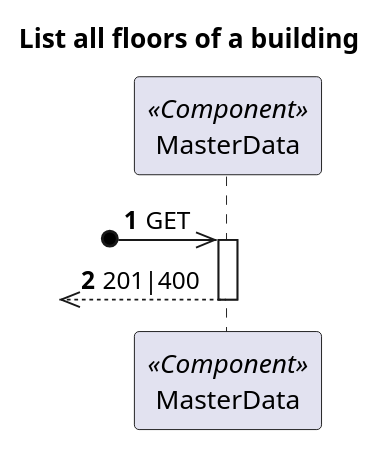
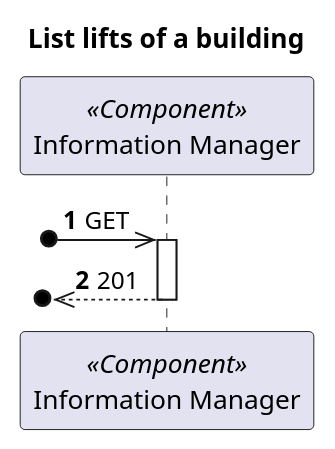
Before and after one commit to 1210910/lapr5: the diagram in docs/Vista Processo/US290/ProcessView_Level2_US290.puml, drawn with PlantUML. The commit also changed 3 other files, not shown here.

```diff
--- a/docs/Vista Processo/US290/ProcessView_Level2_US290.puml
+++ b/docs/Vista Processo/US290/ProcessView_Level2_US290.puml
@@ -1,17 +1,17 @@
 @startuml
 'https://plantuml.com/sequence-diagram
 
 autonumber
 
 skinparam packageStyle rect
 
-title List all floors of a building
+title List lifts of a building
 
-participant "MasterData" as MD <<Component>>
+participant "Information Manager" as MD <<Component>>
 
 ?o->> MD : GET
 
 activate MD
-?o<<--- MD : 201|400
+?o<<--- MD : 201
 deactivate MD
 @enduml
```
